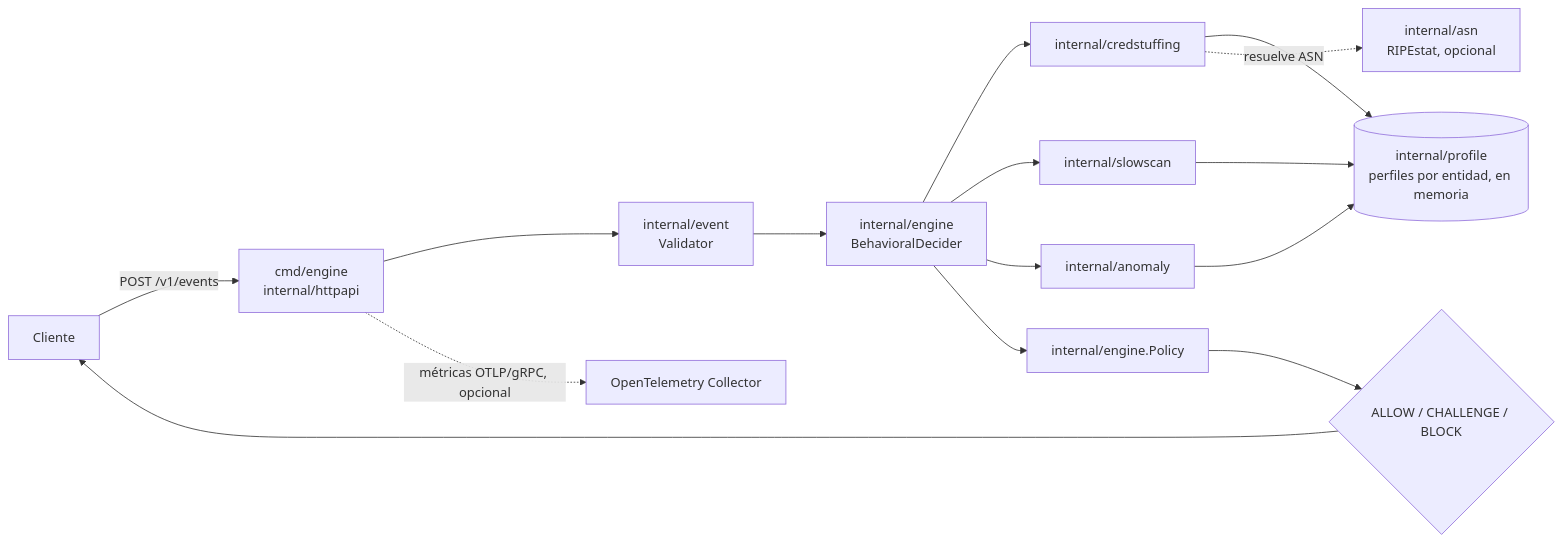
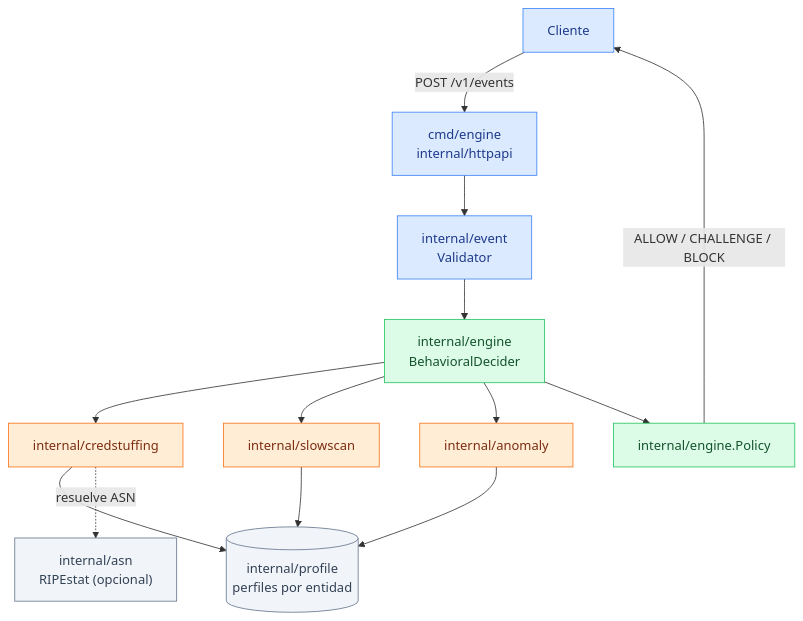
The first of 5 diagrams in README.md (snelly1903/MeLi-waf-behavior-engine), drawn with Mermaid before and after one commit. The commit also changed other lines of this file and 1 other file, not shown here.

````diff
--- a/README.md
+++ b/README.md
@@ -58,22 +58,42 @@
 ```mermaid
-flowchart LR
-    Client[Cliente] -->|POST /v1/events| API[cmd/engine<br/>internal/httpapi]
-    API --> Validator[internal/event<br/>Validator]
-    Validator --> Decider[internal/engine<br/>BehavioralDecider]
+flowchart TD
+    Client[Cliente]
+    API["cmd/engine<br/>internal/httpapi"]
+    Validator["internal/event<br/>Validator"]
+    Decider["internal/engine<br/>BehavioralDecider"]
 
-    Decider --> CS[internal/credstuffing]
-    Decider --> SS[internal/slowscan]
-    Decider --> SA[internal/anomaly]
+    CS["internal/credstuffing"]
+    SS["internal/slowscan"]
+    SA["internal/anomaly"]
 
-    CS --> Profiles[(internal/profile<br/>perfiles por entidad, en memoria)]
+    Profiles[("internal/profile<br/>perfiles por entidad")]
+    ASN["internal/asn<br/>RIPEstat (opcional)"]
+
+    Policy["internal/engine.Policy"]
+
+    Client -->|"POST /v1/events"| API
+    API --> Validator
+    Validator --> Decider
+
+    Decider --> CS
+    Decider --> SS
+    Decider --> SA
+
+    CS --> Profiles
     SS --> Profiles
     SA --> Profiles
+    CS -.->|"resuelve ASN"| ASN
 
-    CS -.->|resuelve ASN| ASN[internal/asn<br/>RIPEstat, opcional]
+    Decider --> Policy
+    Policy -->|"ALLOW / CHALLENGE / BLOCK"| Client
 
-    Decider --> Policy[internal/engine.Policy]
-    Policy --> Decision{ALLOW / CHALLENGE / BLOCK}
-    Decision --> Client
+    classDef entrada fill:#dbeafe,stroke:#3b82f6,color:#1e3a8a
+    classDef detector fill:#ffedd5,stroke:#f97316,color:#7c2d12
+    classDef estado fill:#f1f5f9,stroke:#64748b,color:#334155
+    classDef decision fill:#dcfce7,stroke:#22c55e,color:#14532d
 
-    API -.->|métricas OTLP/gRPC, opcional| OTel[OpenTelemetry Collector]
+    class Client,API,Validator entrada
+    class CS,SS,SA detector
+    class Profiles,ASN estado
+    class Decider,Policy decision
 ```
````
